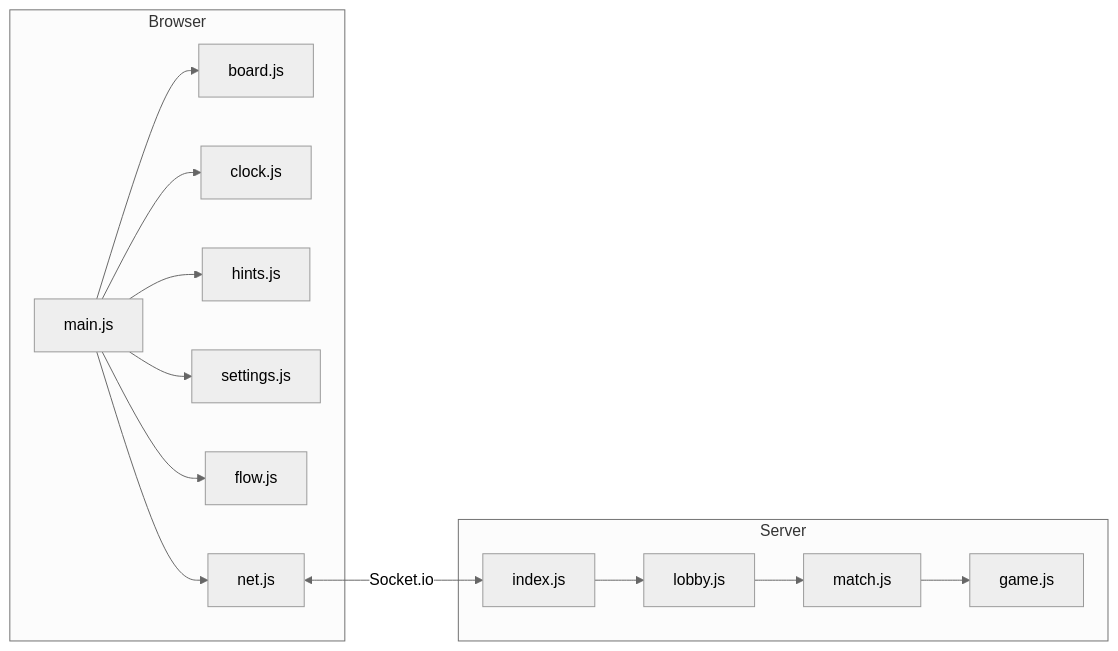
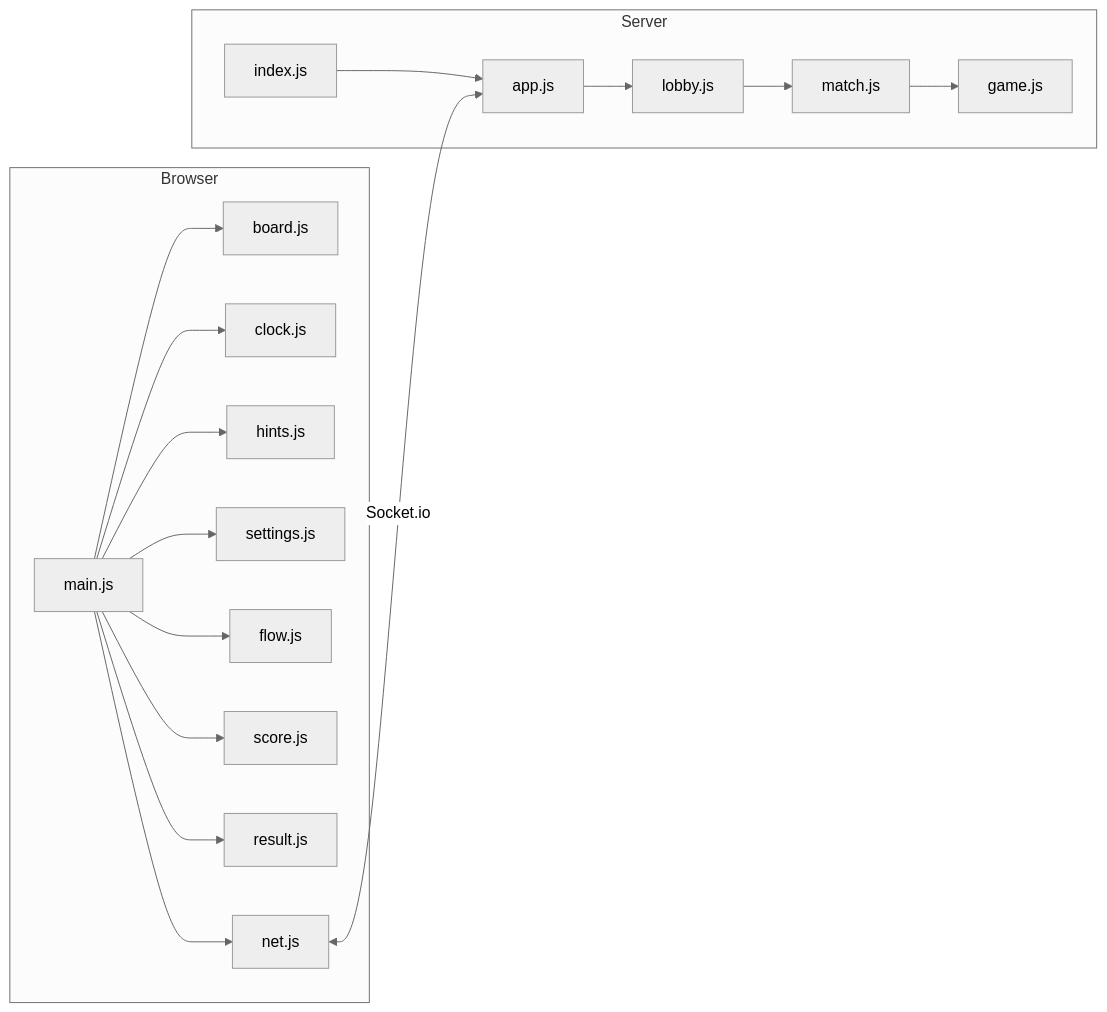
One commit to Historia4094/Reversi changed the first of 2 diagrams in README.md. Above: the diagram before and after it, drawn with Mermaid (neutral theme). The commit also changed other lines of this file and 70 other files, not shown here.

````diff
--- a/README.md
+++ b/README.md
@@ -106,17 +121,20 @@
 ```mermaid
 flowchart LR
   subgraph Browser
     M[main.js] --> B[board.js]
     M --> C[clock.js]
     M --> H[hints.js]
     M --> S[settings.js]
     M --> F[flow.js]
+    M --> Sc[score.js]
+    M --> R[result.js]
     M --> N[net.js]
   end
   subgraph Server
-    I[index.js] --> L[lobby.js]
+    I[index.js] --> A[app.js]
+    A --> L[lobby.js]
     L --> Ma[match.js]
     Ma --> G[game.js]
   end
-  N <-->|Socket.io| I
+  N <-->|Socket.io| A
 ```
````
